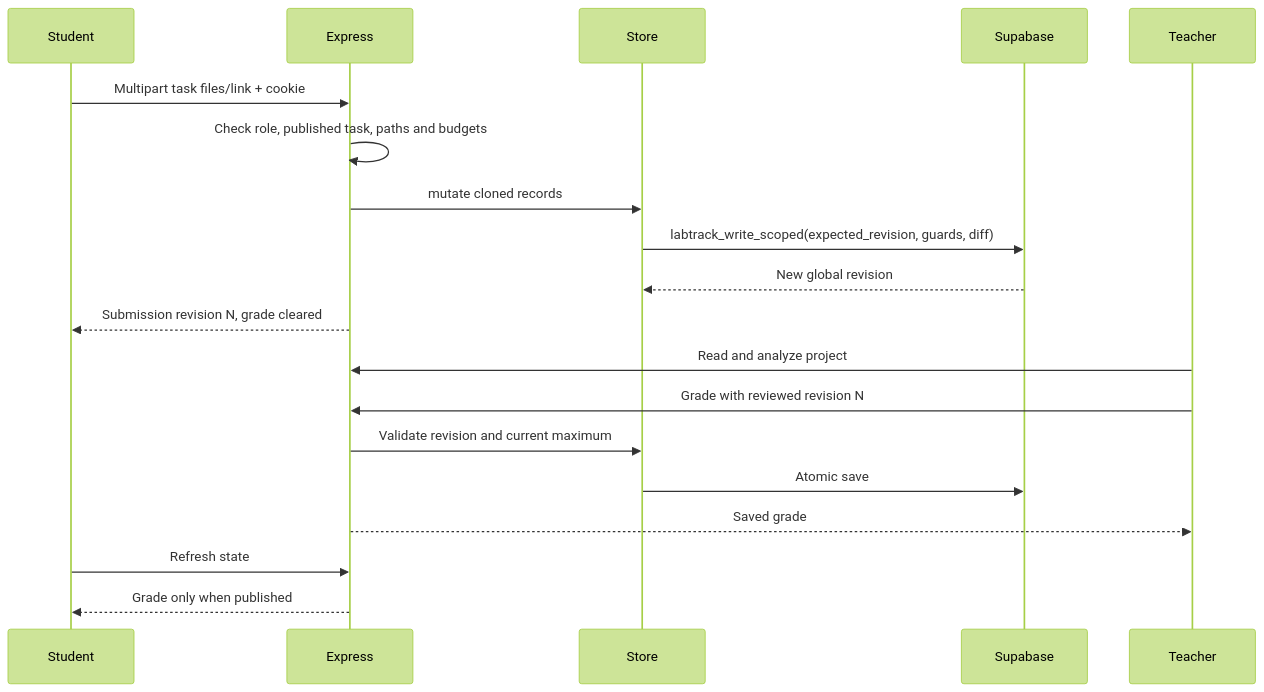
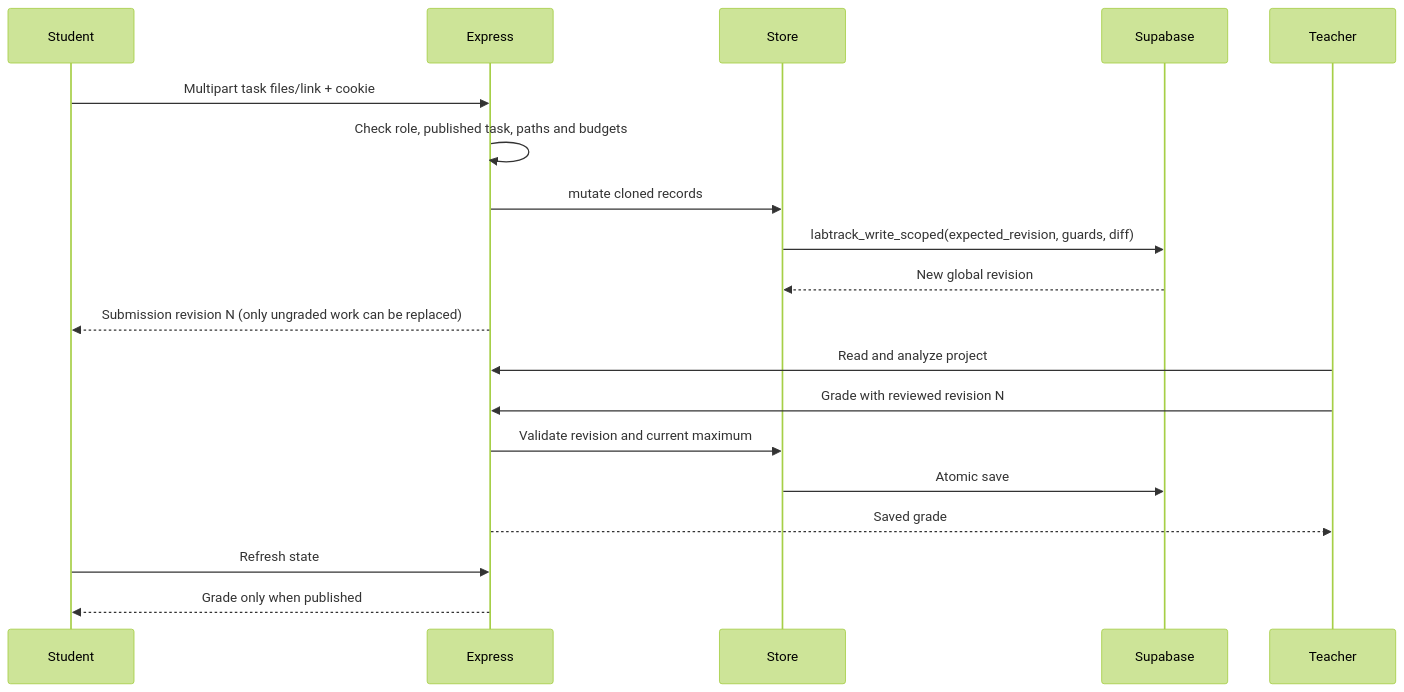
Before and after one commit to muhammadsaad9316/Mehran-Saib: the third of 3 diagrams in docs/architecture.md, drawn with Mermaid (forest theme). The commit also changed other lines of this file and 58 other files, not shown here.

````diff
--- a/docs/architecture.md
+++ b/docs/architecture.md
@@ -96,21 +99,21 @@
 ```mermaid
 sequenceDiagram
   participant Student
   participant API as Express
   participant Store
   participant DB as Supabase
   participant Teacher
   Student->>API: Multipart task files/link + cookie
   API->>API: Check role, published task, paths and budgets
   API->>Store: mutate cloned records
   Store->>DB: labtrack_write_scoped(expected_revision, guards, diff)
   DB-->>Store: New global revision
-  API-->>Student: Submission revision N, grade cleared
+  API-->>Student: Submission revision N (only ungraded work can be replaced)
   Teacher->>API: Read and analyze project
   Teacher->>API: Grade with reviewed revision N
   API->>Store: Validate revision and current maximum
   Store->>DB: Atomic save
   API-->>Teacher: Saved grade
   Student->>API: Refresh state
   API-->>Student: Grade only when published
 ```
````
